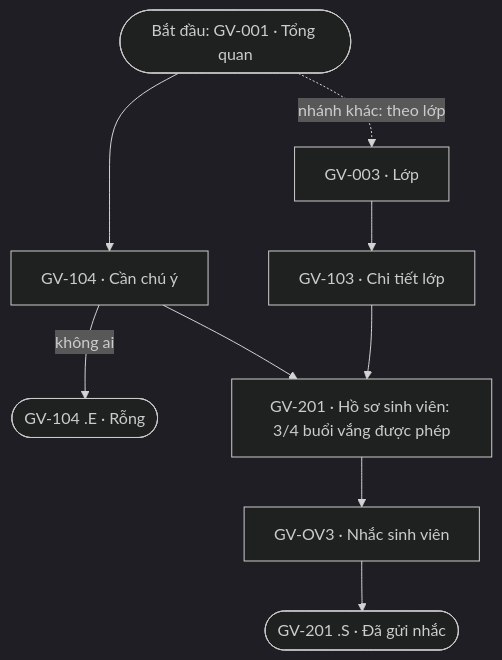
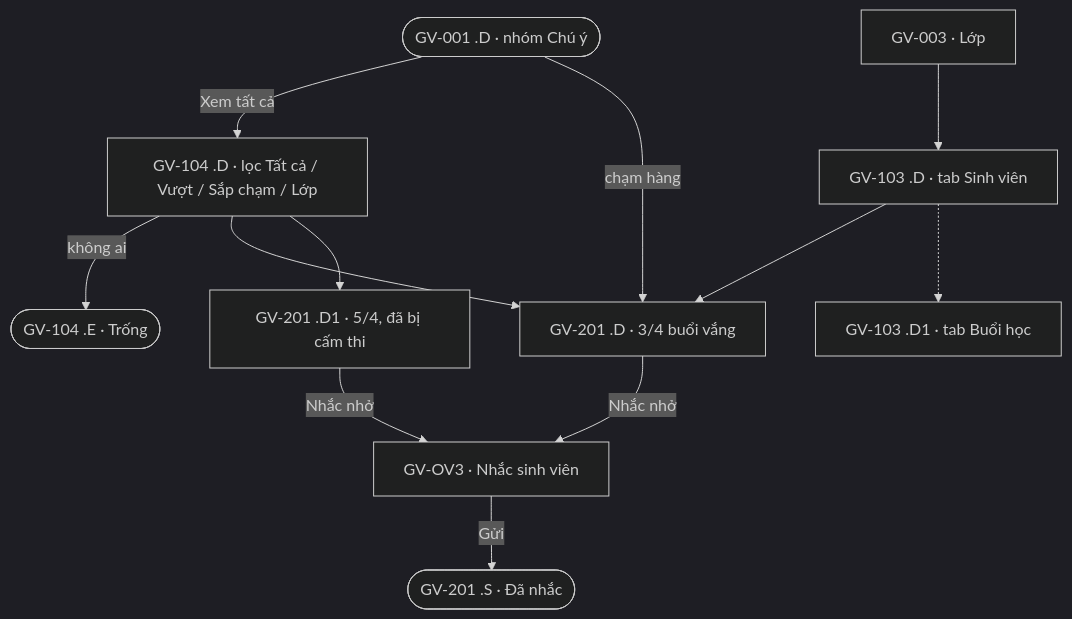
Before and after one commit to thiengthb/prm323-lab2-SE190533: the fifth of 7 diagrams in ux/user-flow.md, drawn with Mermaid (dark theme). The commit also changed other lines of this file and 4 other files, not shown here.

Commit message:
Tài liệu Lab 2 khớp Final UI: user-flow v1.0, screen-spec v2.0, handoff v2.0, DESIGN v3.1

````diff
--- a/ux/user-flow.md
+++ b/ux/user-flow.md
@@ -166,9 +172,13 @@
 ```mermaid
 flowchart TD
-    A(["Bắt đầu: GV-001 · Tổng quan"]) --> B["GV-104 · Cần chú ý"]
-    B -->|"không ai"| E(["GV-104 .E · Rỗng"])
-    B --> C["GV-201 · Hồ sơ sinh viên: 3/4 buổi vắng được phép"]
-    A -.->|"nhánh khác: theo lớp"| L["GV-003 · Lớp"] --> L2["GV-103 · Chi tiết lớp"] --> C
-    C --> D["GV-OV3 · Nhắc sinh viên"]
-    D --> F(["GV-201 .S · Đã gửi nhắc"])
+    A(["GV-001 .D · nhóm Chú ý"]) -->|"Xem tất cả"| B["GV-104 .D · lọc Tất cả / Vượt / Sắp chạm / Lớp"]
+    B -->|"không ai"| BE(["GV-104 .E · Trống"])
+    A -->|"chạm hàng"| C
+    B --> C["GV-201 .D · 3/4 buổi vắng"]
+    B --> C1["GV-201 .D1 · 5/4, đã bị cấm thi"]
+    K["GV-003 · Lớp"] --> K1["GV-103 .D · tab Sinh viên"] --> C
+    K1 -.-> K2["GV-103 .D1 · tab Buổi học"]
+    C -->|"Nhắc nhở"| OV3["GV-OV3 · Nhắc sinh viên"]
+    C1 -->|"Nhắc nhở"| OV3
+    OV3 -->|"Gửi"| S(["GV-201 .S · Đã nhắc"])
 ```
````
